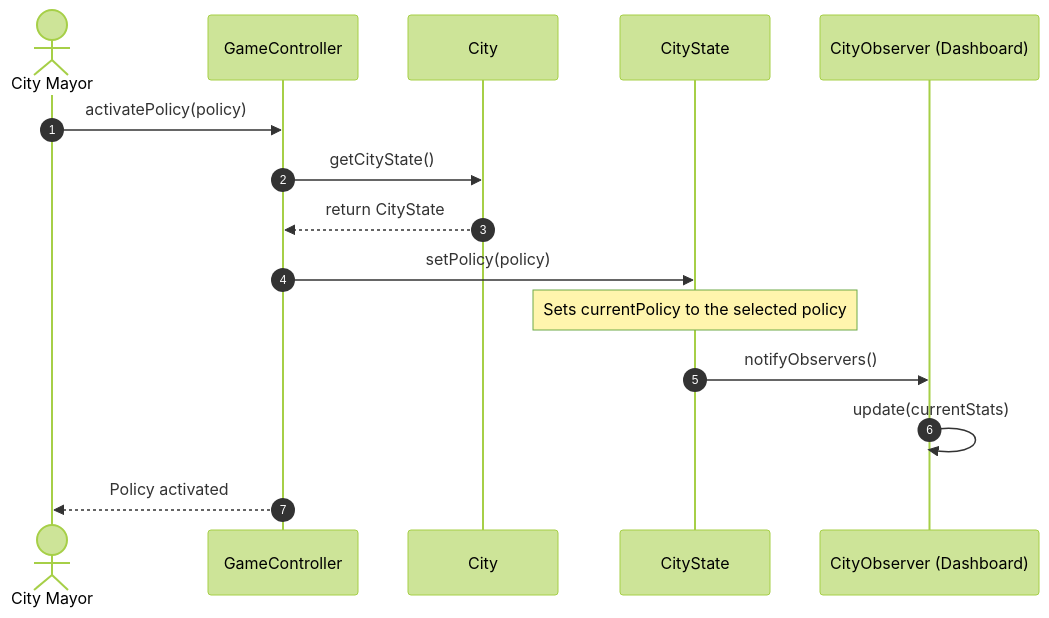
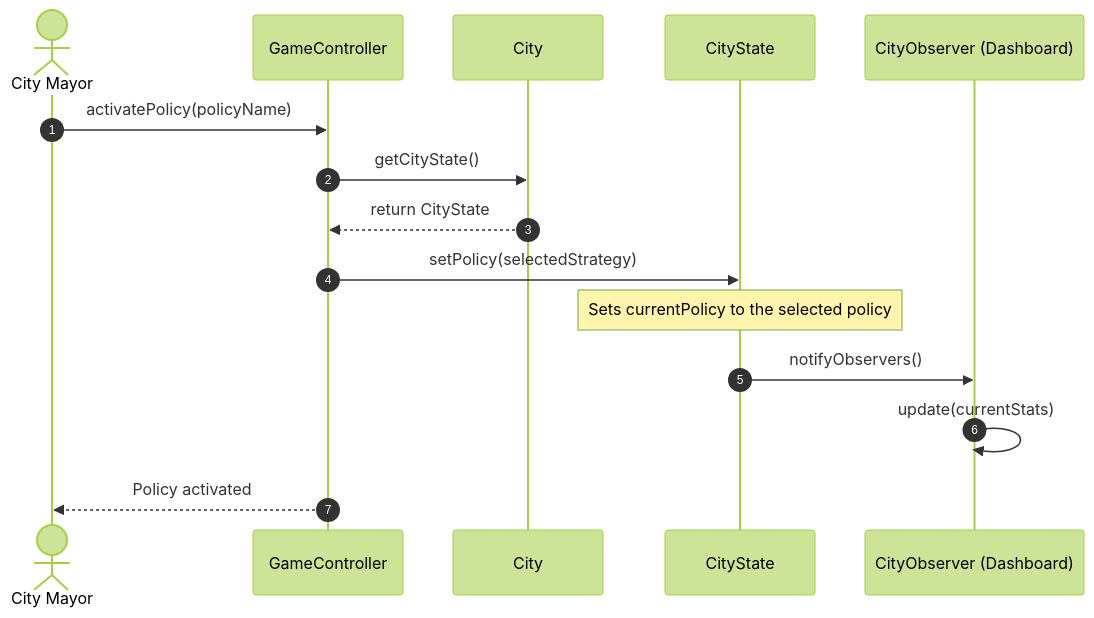
The diagram in docs/INTERNAL-SEQUENCE-DIAGRAM/isd-manage-city-policies.md (andreatoson3-netizen/Amatriciana), drawn with Mermaid (forest theme) before and after one commit.

````diff
--- a/docs/INTERNAL-SEQUENCE-DIAGRAM/isd-manage-city-policies.md
+++ b/docs/INTERNAL-SEQUENCE-DIAGRAM/isd-manage-city-policies.md
@@ -1,22 +1,22 @@
 ```mermaid
 sequenceDiagram
     autonumber
     actor Mayor as City Mayor
     participant Controller as GameController
     participant CityObj as City
     participant State as CityState
     participant Observer as CityObserver (Dashboard)
 
-    Mayor->>Controller: activatePolicy(policy)
+    Mayor->>Controller: activatePolicy(policyName)
 
     Controller->>CityObj: getCityState()
     CityObj-->>Controller: return CityState
 
-    Controller->>State: setPolicy(policy)
+    Controller->>State: setPolicy(selectedStrategy)
     Note over State: Sets currentPolicy to the selected policy
 
     State->>Observer: notifyObservers()
     Observer->>Observer: update(currentStats)
 
     Controller-->>Mayor: Policy activated
 ```
````
